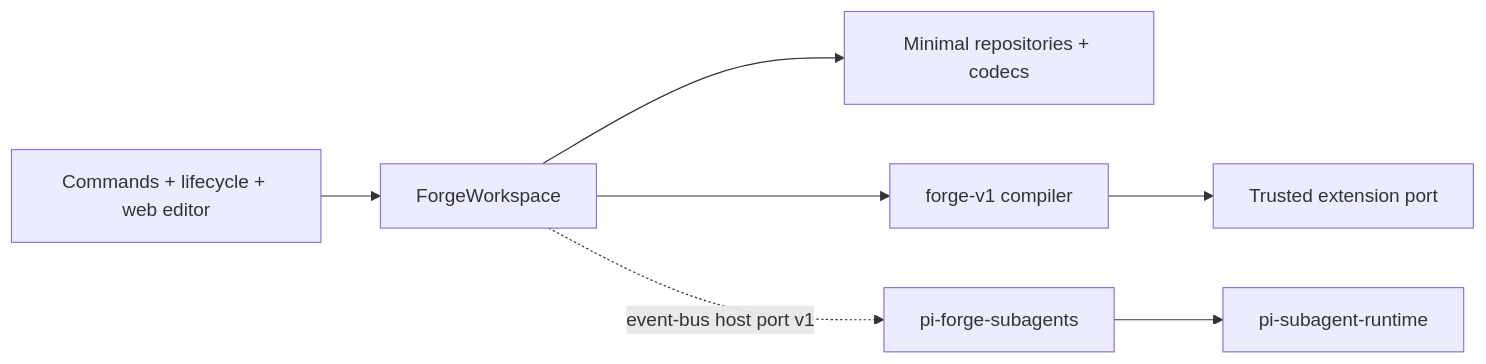
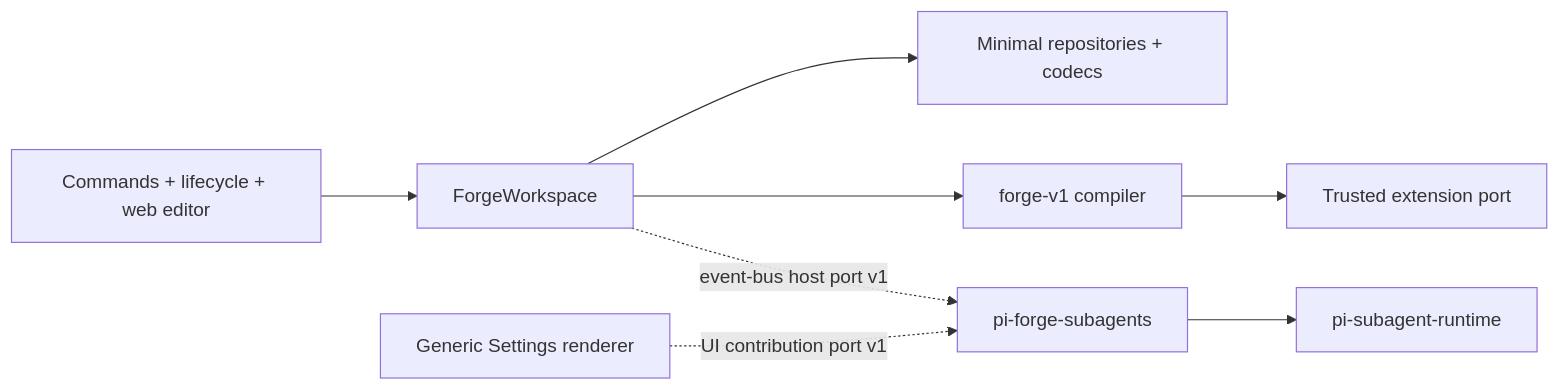
One commit to MacroSony/pi-forge changed the diagram in docs/design/architecture-0.5.md. Above: the diagram before and after it, drawn with Mermaid. The commit also changed other lines of this file and 29 other files, not shown here.

````diff
--- a/docs/design/architecture-0.5.md
+++ b/docs/design/architecture-0.5.md
@@ -73,9 +82,10 @@
 ```mermaid
 flowchart LR
     Adapters["Commands + lifecycle + web editor"] --> Workspace["ForgeWorkspace"]
     Workspace --> Repos["Minimal repositories + codecs"]
     Workspace --> Compiler["forge-v1 compiler"]
     Compiler --> Extensions["Trusted extension port"]
     Workspace -. "event-bus host port v1" .-> Optional["pi-forge-subagents"]
+    WebEditor["Generic Settings renderer"] -. "UI contribution port v1" .-> Optional
     Optional --> Runtime["pi-subagent-runtime"]
 ```
````
